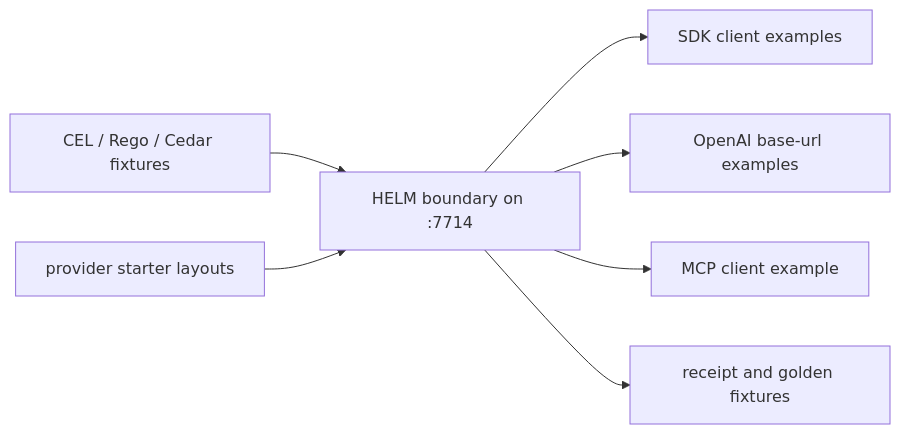
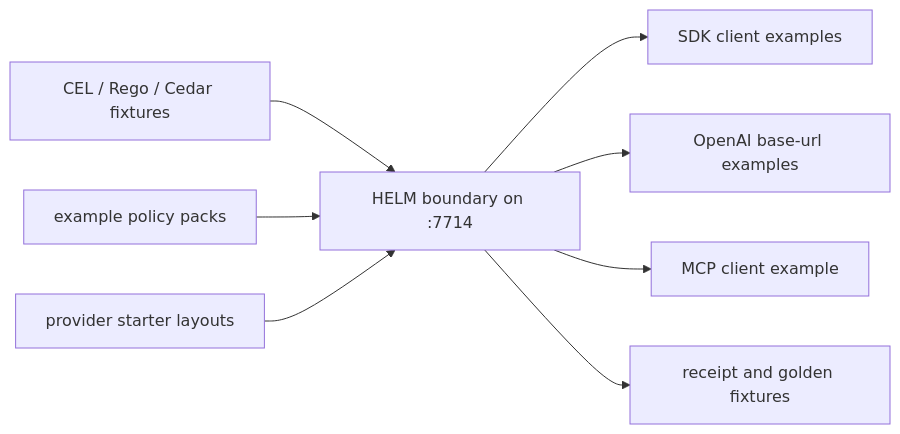
Before and after one commit to Mindburn-Labs/helm-ai-kernel: the diagram in examples/README.md, drawn with Mermaid. The commit also changed other lines of this file and 18 other files, not shown here.

````diff
--- a/examples/README.md
+++ b/examples/README.md
@@ -10,9 +10,10 @@
 ```mermaid
 flowchart LR
   server["HELM boundary on :7714"] --> sdk["SDK client examples"]
   server --> proxy["OpenAI base-url examples"]
   server --> mcp["MCP client example"]
   server --> receipts["receipt and golden fixtures"]
   policies["CEL / Rego / Cedar fixtures"] --> server
+  packs["example policy packs"] --> server
   starters["provider starter layouts"] --> server
 ```
````
